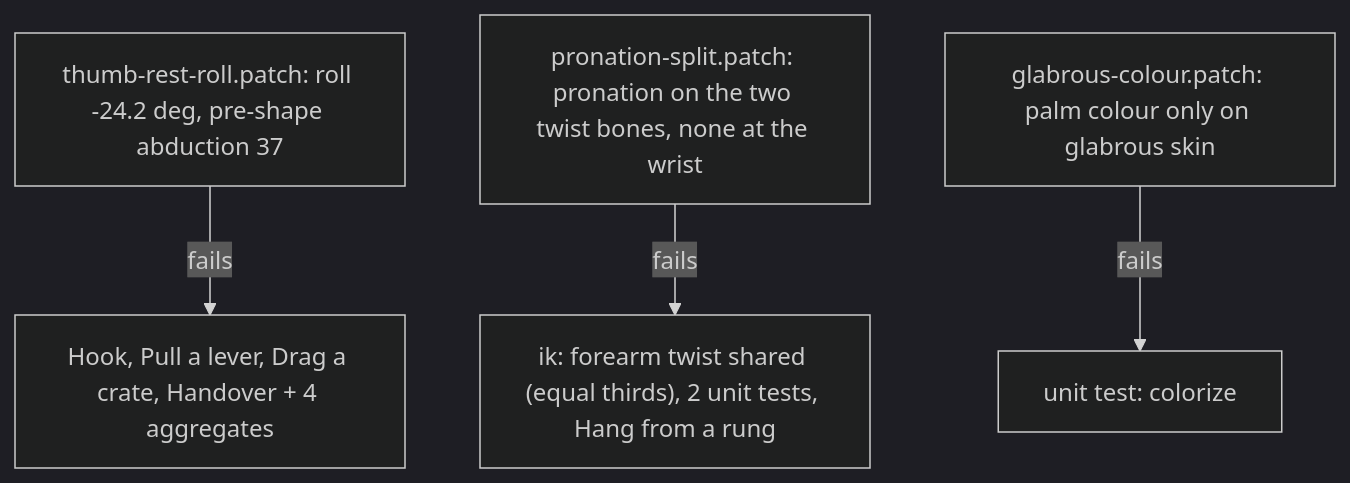
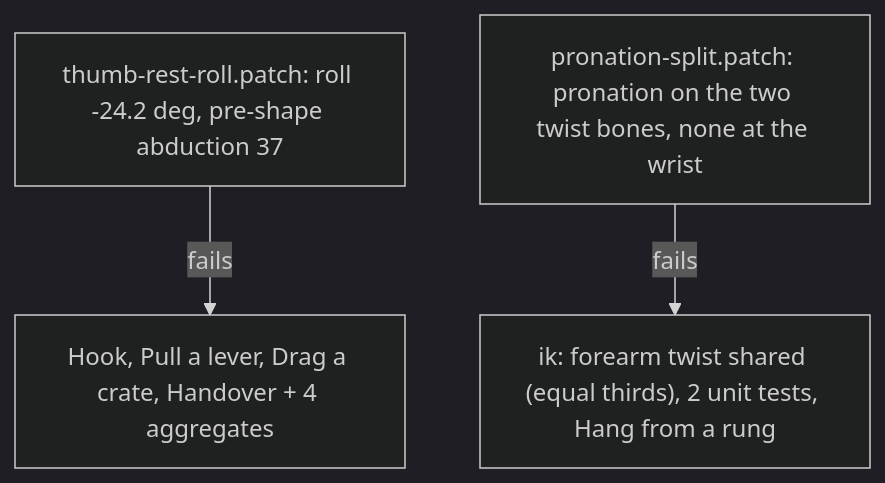
One commit to iam25th1/25th-procedural-hands changed the diagram in docs/HANDS_TWIST_FINDINGS.md. Above: the diagram before and after it, drawn with Mermaid (dark theme). The commit also changed other lines of this file and 9 other files, not shown here.

````diff
--- a/docs/HANDS_TWIST_FINDINGS.md
+++ b/docs/HANDS_TWIST_FINDINGS.md
@@ -85,6 +85,5 @@
 ```mermaid
 flowchart TD
   T["thumb-rest-roll.patch: roll -24.2 deg, pre-shape abduction 37"] -->|fails| T1["Hook, Pull a lever, Drag a crate, Handover + 4 aggregates"]
   P["pronation-split.patch: pronation on the two twist bones, none at the wrist"] -->|fails| P1["ik: forearm twist shared (equal thirds), 2 unit tests, Hang from a rung"]
-  G["glabrous-colour.patch: palm colour only on glabrous skin"] -->|fails| G1["unit test: colorize"]
 ```
````
